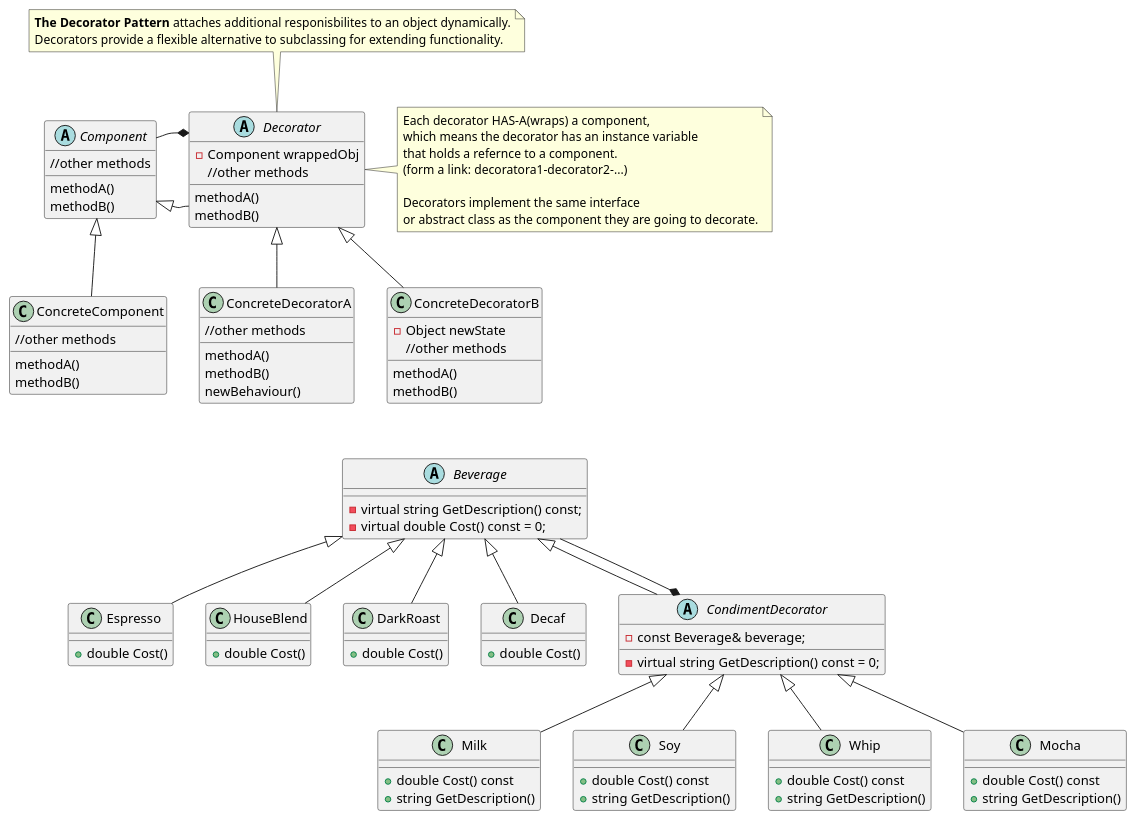
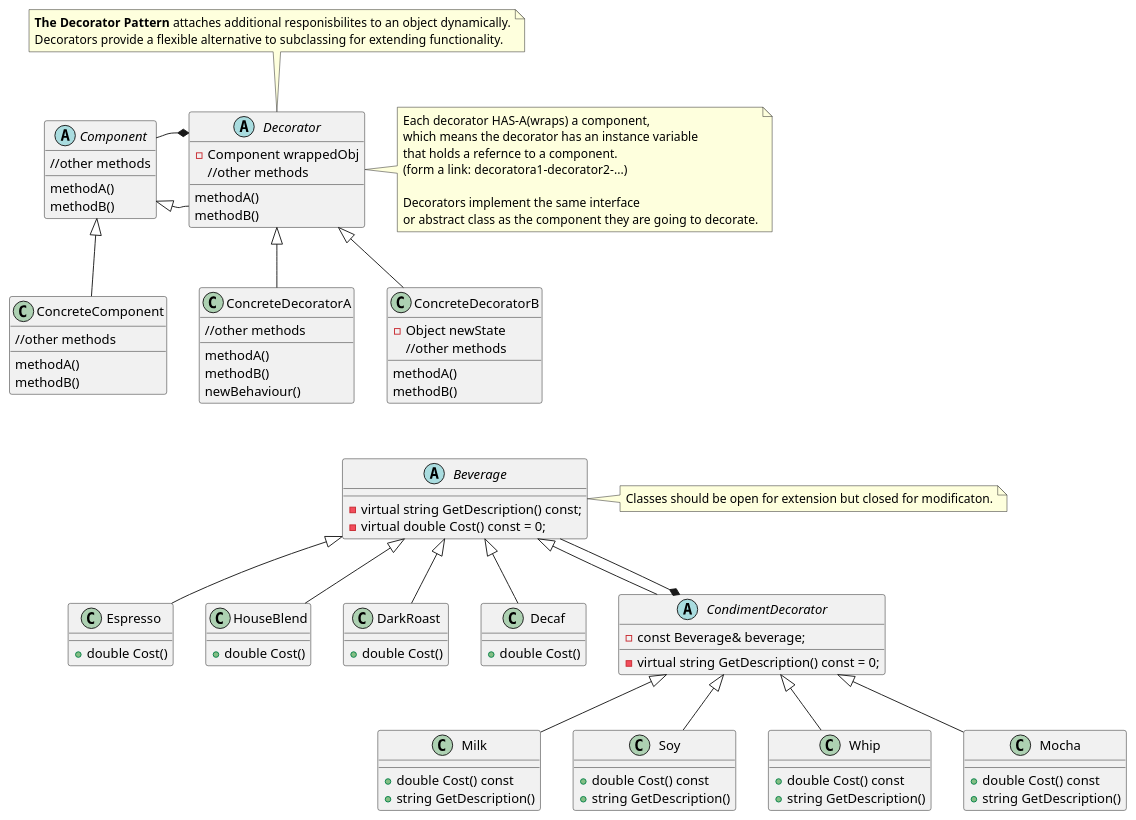
One commit to HanQingZhen-JayHan/DesignPattern changed the diagram in StructalPatterns/Decorator/UML/Decorator.puml.md. Above: the diagram before and after it, drawn with PlantUML.

Commit message:
add oo principle

````diff
--- a/StructalPatterns/Decorator/UML/Decorator.puml.md
+++ b/StructalPatterns/Decorator/UML/Decorator.puml.md
@@ -86,5 +86,9 @@
 +string GetDescription()
 }
 Beverage -[hidden]u- ConcreteDecoratorB
+
+note right of Beverage
+Classes should be open for extension but closed for modificaton.
+end note
 @enduml
 ```
````
